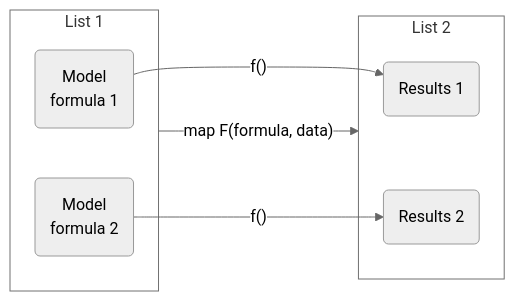
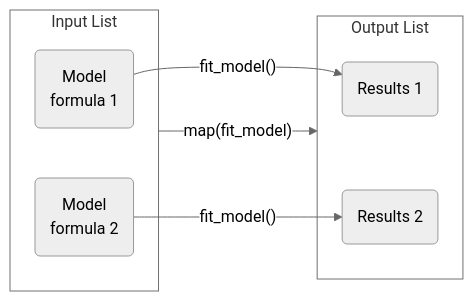
One commit to rostools/r-cubed-advanced changed the first of 2 diagrams in sessions/stats-analyses-multiple.qmd. Above: the diagram before and after it, drawn with Mermaid (neutral theme). The commit also changed other lines of this file and 1 other file, not shown here.

````diff
--- a/sessions/stats-analyses-multiple.qmd
+++ b/sessions/stats-analyses-multiple.qmd
@@ -20,18 +154,21 @@
 ```{mermaid}
+%%| label: fig-list-and-map
+%%| fig-cap: "Using `map()` to apply `fit_model()` to each model formula in a list."
+%%| echo: false
 graph LR
-    subgraph cat1 [List 1]
+    subgraph input [Input List]
       A1(Model<br>formula 1)
       A2(Model<br>formula 2)
     end
-    subgraph cat2 [List 2]
+    subgraph output [Output List]
       B1(Results 1)
       B2(Results 2)
     end
 
-    cat1:::functor -->|"map F(formula, data)"| cat2:::functor
+    input:::map -->|"map(fit_model)"| output:::map
 
-    A1 -->|"f()"| B1
-    A2 -->|"f()"| B2
+    A1 -->|"fit_model()"| B1
+    A2 -->|"fit_model()"| B2
 
-    classDef functor fill:white;
+    classDef map fill:white;
 ```
````
